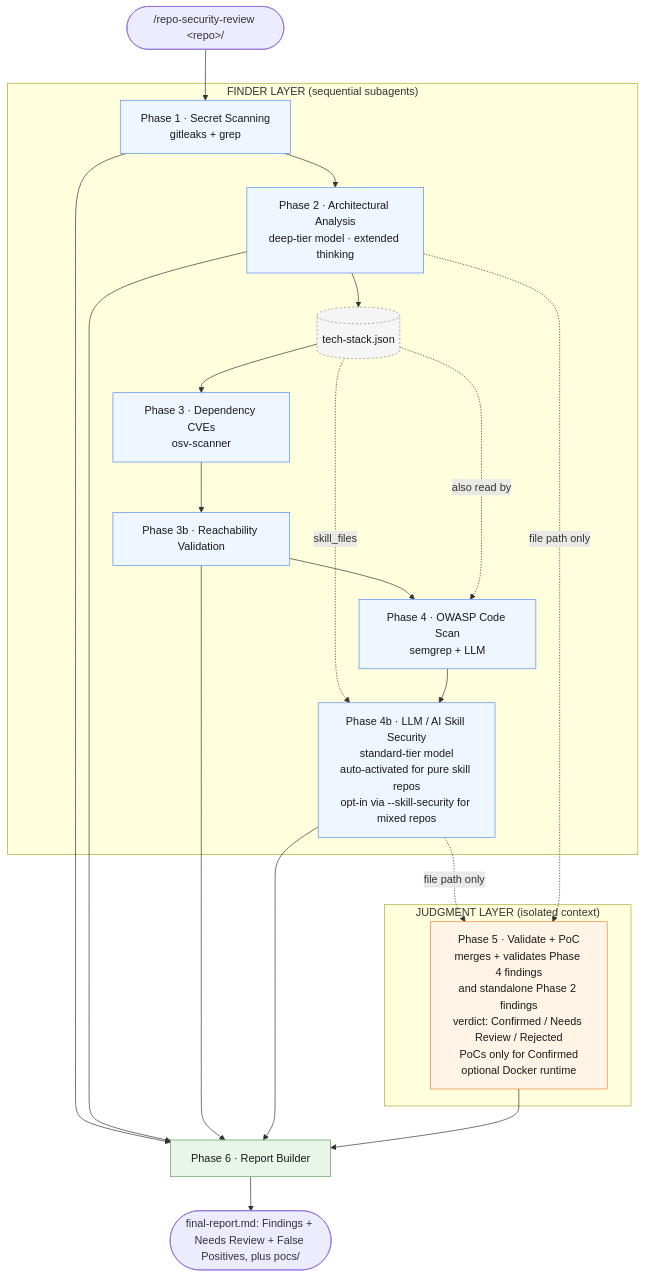
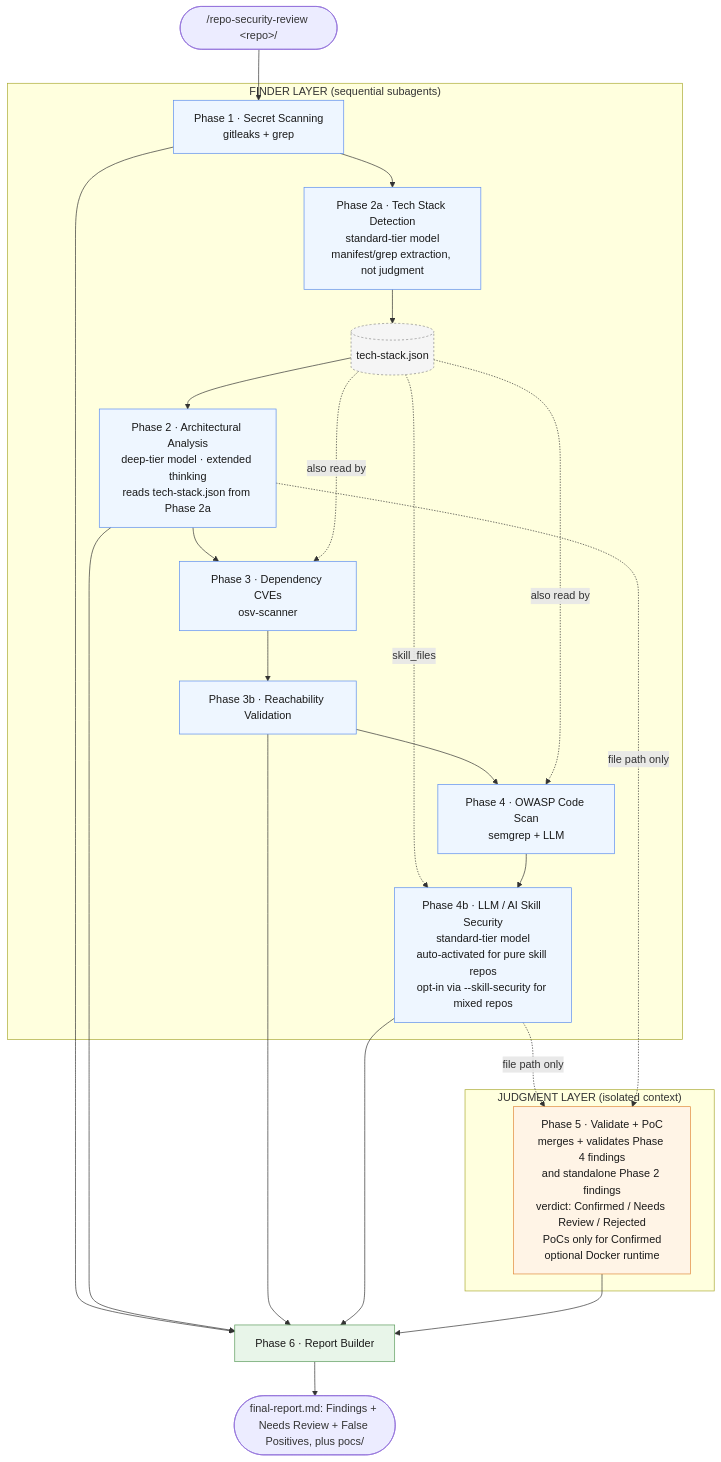
The diagram in README.md (Consensys/repo-security-review), drawn with Mermaid before and after one commit. The commit also changed other lines of this file and 8 other files, not shown here.

First line of the commit message:
Split tech-stack detection into new Phase 2a

````diff
--- a/README.md
+++ b/README.md
@@ -94,46 +94,49 @@
 ```mermaid
 flowchart TD
     Start([/repo-security-review &lt;repo&gt;/]) --> P1
 
     subgraph FINDER["FINDER LAYER (sequential subagents)"]
         P1[Phase 1 · Secret Scanning<br/>gitleaks + grep]
-        P2[Phase 2 · Architectural Analysis<br/>deep-tier model · extended thinking]
+        P2a[Phase 2a · Tech Stack Detection<br/>standard-tier model<br/>manifest/grep extraction, not judgment]
         TS[(tech-stack.json)]
+        P2[Phase 2 · Architectural Analysis<br/>deep-tier model · extended thinking<br/>reads tech-stack.json from Phase 2a]
         P3[Phase 3 · Dependency CVEs<br/>osv-scanner]
         P3b[Phase 3b · Reachability Validation]
         P4[Phase 4 · OWASP Code Scan<br/>semgrep + LLM]
         P4b[Phase 4b · LLM / AI Skill Security<br/>standard-tier model<br/>auto-activated for pure skill repos<br/>opt-in via --skill-security for mixed repos]
 
-        P1 --> P2
-        P2 --> TS
-        TS --> P3
+        P1 --> P2a
+        P2a --> TS
+        TS --> P2
+        P2 --> P3
+        TS -. also read by .-> P3
         P3 --> P3b
         P3b --> P4
         TS -. also read by .-> P4
         TS -. skill_files .-> P4b
         P4 --> P4b
     end
 
     P4b -. file path only .-> P5
     P2 -. file path only .-> P5
 
     subgraph JUDGMENT["JUDGMENT LAYER (isolated context)"]
         P5[Phase 5 · Validate + PoC<br/>merges + validates Phase 4 findings<br/>and standalone Phase 2 findings<br/>verdict: Confirmed / Needs Review / Rejected<br/>PoCs only for Confirmed<br/>optional Docker runtime]
     end
 
     P1 --> R[Phase 6 · Report Builder]
     P2 --> R
     P3b --> R
     P4b --> R
     P5 --> R
     R --> Out([final-report.md: Findings + Needs Review + False Positives, plus pocs/])
 
     classDef finder fill:#eef6ff,stroke:#5b8def,color:#1a1a1a
     classDef judgment fill:#fff4e6,stroke:#e0883a,color:#1a1a1a
     classDef report fill:#e8f5e9,stroke:#5a9a5a,color:#1a1a1a
     classDef store fill:#f5f5f5,stroke:#888,color:#1a1a1a,stroke-dasharray: 3 3
-    class P1,P2,P3,P3b,P4,P4b finder
+    class P1,P2a,P2,P3,P3b,P4,P4b finder
     class P5 judgment
     class R report
     class TS store
 ```
````
